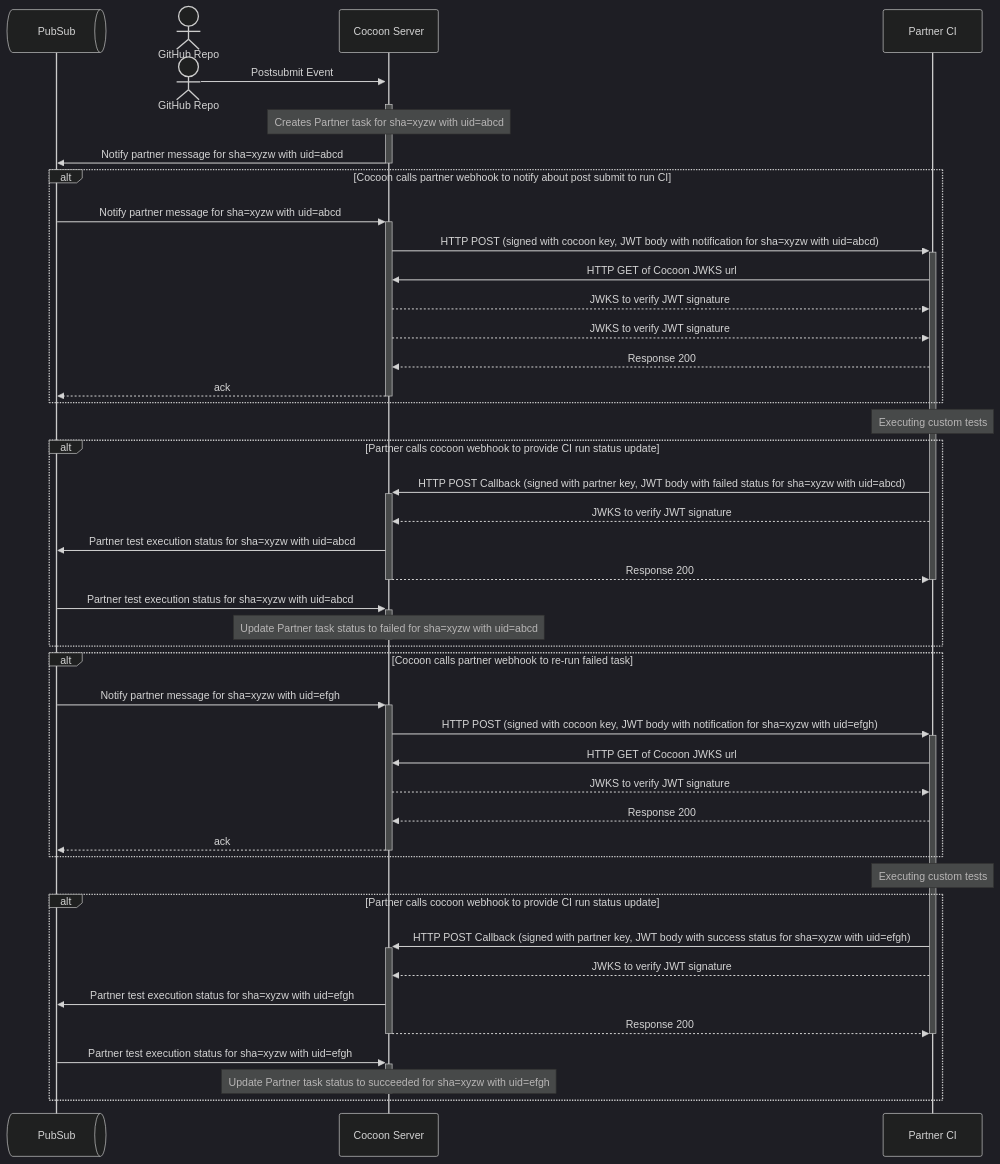
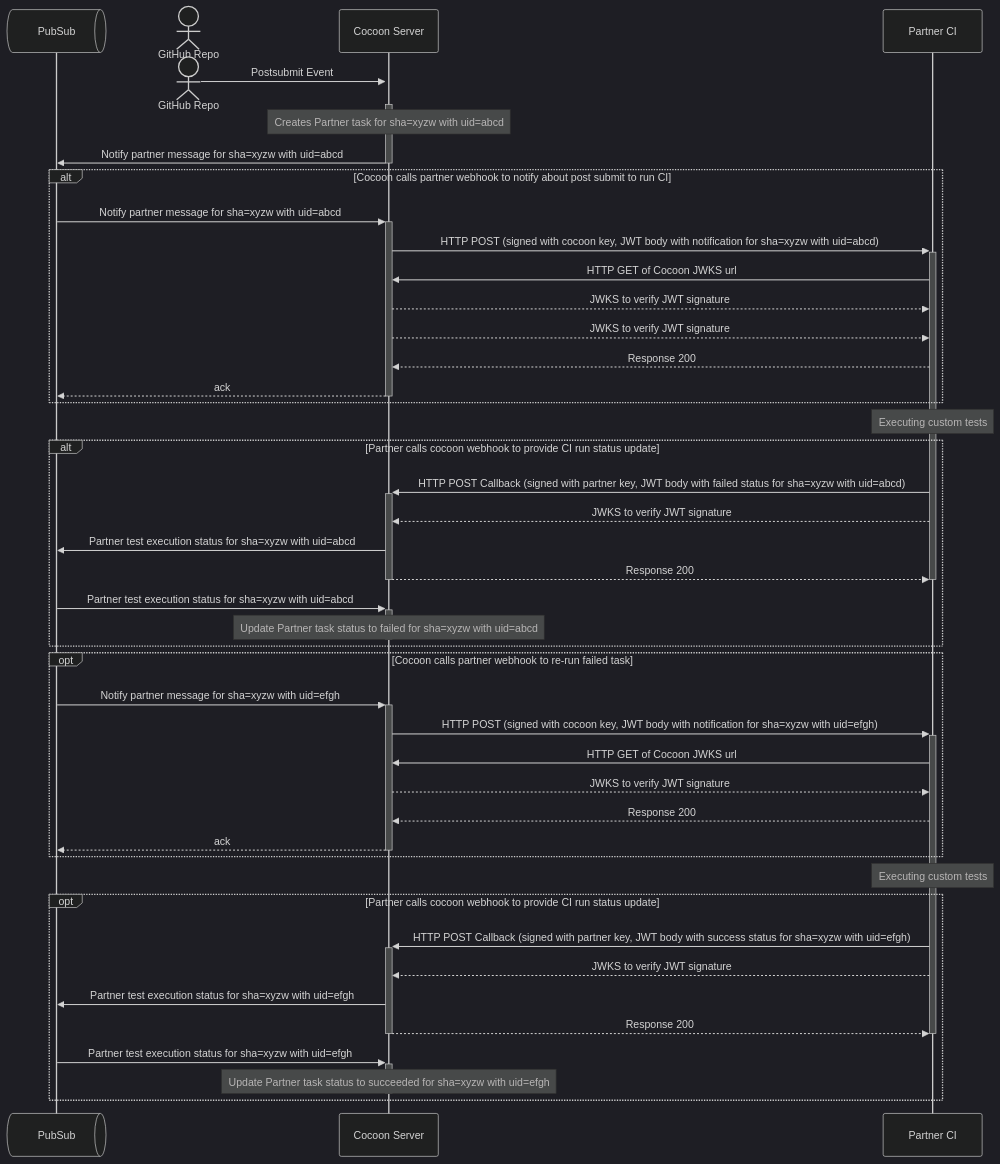
One commit to flutter/rfc changed the third of 5 diagrams in rfc/610.0000-flutter-pluggable-ci.md. Above: the diagram before and after it, drawn with Mermaid (dark theme).

Commit message:
changed re-run to opt

````diff
--- a/rfc/610.0000-flutter-pluggable-ci.md
+++ b/rfc/610.0000-flutter-pluggable-ci.md
@@ -389,58 +389,58 @@
 ```mermaid
 sequenceDiagram
     participant PubSub@{"type":"queue"}
     actor GitHub as GitHub Repo
     participant Cocoon as Cocoon Server
     participant Partner as Partner CI
     destroy GitHub
     GitHub->>+Cocoon: Postsubmit Event
     Note over Cocoon: Creates Partner task for sha=xyzw with uid=abcd 
     Cocoon->>-PubSub: Notify partner message for sha=xyzw with uid=abcd
 
     alt Cocoon calls partner webhook to notify about post submit to run CI
         PubSub->>+Cocoon: Notify partner message for sha=xyzw with uid=abcd
         Cocoon->>+Partner: HTTP POST (signed with cocoon key, JWT body with notification for sha=xyzw with uid=abcd)
         Partner->>Cocoon: HTTP GET of Cocoon JWKS url
         Cocoon-->>Partner: JWKS to verify JWT signature
         Cocoon-->>Partner: JWKS to verify JWT signature
         Partner-->>Cocoon: Response 200
         Cocoon-->>-PubSub: ack
     end
 
     Note over Partner: Executing custom tests
 
     alt Partner calls cocoon webhook to provide CI run status update
         Partner->>+Cocoon: HTTP POST Callback (signed with partner key, JWT body with failed status for sha=xyzw with uid=abcd)
 
         Partner-->>Cocoon: JWKS to verify JWT signature
         Cocoon->>PubSub: Partner test execution status for sha=xyzw with uid=abcd
         Cocoon-->>-Partner: Response 200
         deactivate Partner
         PubSub->>+Cocoon: Partner test execution status for sha=xyzw with uid=abcd
         Note over Cocoon: Update Partner task status to failed for sha=xyzw with uid=abcd
         deactivate Cocoon
     end
 
-    alt Cocoon calls partner webhook to re-run failed task
+    opt Cocoon calls partner webhook to re-run failed task
         PubSub->>+Cocoon: Notify partner message for sha=xyzw with uid=efgh
         Cocoon->>+Partner: HTTP POST (signed with cocoon key, JWT body with notification for sha=xyzw with uid=efgh)
         Partner->>Cocoon: HTTP GET of Cocoon JWKS url
         Cocoon-->>Partner: JWKS to verify JWT signature
         Partner-->>Cocoon: Response 200
         Cocoon-->>-PubSub: ack
     end
 
     Note over Partner: Executing custom tests
 
-    alt Partner calls cocoon webhook to provide CI run status update
+    opt Partner calls cocoon webhook to provide CI run status update
         Partner->>+Cocoon: HTTP POST Callback (signed with partner key, JWT body with success status for sha=xyzw with uid=efgh)
         Partner-->>Cocoon: JWKS to verify JWT signature
         Cocoon->>PubSub: Partner test execution status for sha=xyzw with uid=efgh
         Cocoon-->>-Partner: Response 200
         deactivate Partner
 
         PubSub->>+Cocoon: Partner test execution status for sha=xyzw with uid=efgh
         Note over Cocoon: Update Partner task status to succeeded for sha=xyzw with uid=efgh
         deactivate Cocoon
     end
 ```
````
